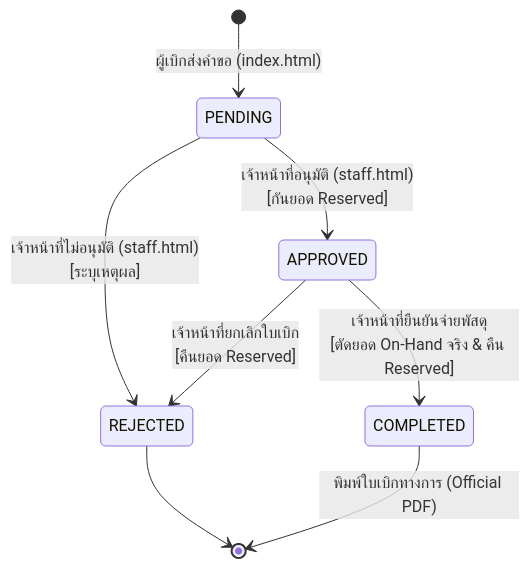
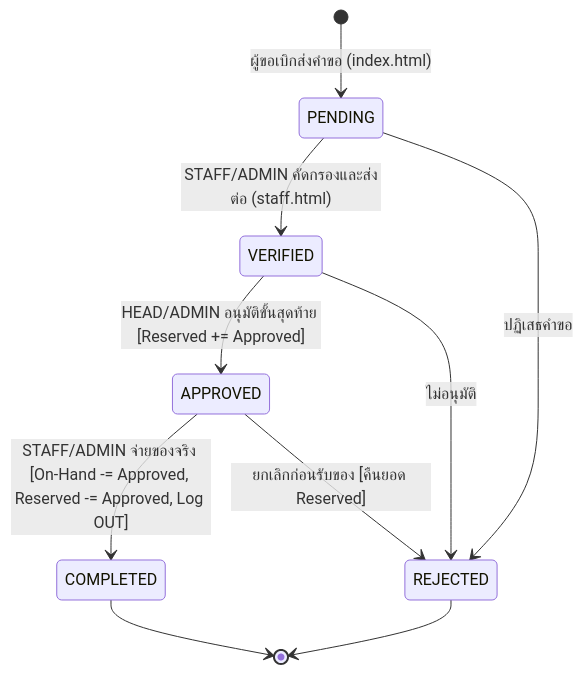
One commit to itsmekritsanai/stock-order-sdu changed the third of 3 diagrams in PROJECT_CONTEXT.md. Above: the diagram before and after it, drawn with Mermaid. The commit also changed other lines of this file and 10 other files, not shown here.

Commit message:
docs: synchronize README, project context, roadmap, and skill docs with v3.8.3

````diff
--- a/PROJECT_CONTEXT.md
+++ b/PROJECT_CONTEXT.md
@@ -114,10 +98,12 @@
 ```mermaid
 stateDiagram-v2
-    [*] --> PENDING: ผู้เบิกส่งคำขอ (index.html)
-    PENDING --> APPROVED: เจ้าหน้าที่อนุมัติ (staff.html)<br/>[กันยอด Reserved]
-    PENDING --> REJECTED: เจ้าหน้าที่ไม่อนุมัติ (staff.html)<br/>[ระบุเหตุผล]
-    APPROVED --> COMPLETED: เจ้าหน้าที่ยืนยันจ่ายพัสดุ<br/>[ตัดยอด On-Hand จริง & คืน Reserved]
-    APPROVED --> REJECTED: เจ้าหน้าที่ยกเลิกใบเบิก<br/>[คืนยอด Reserved]
+    [*] --> PENDING: ผู้ขอเบิกส่งคำขอ (index.html)
+    PENDING --> VERIFIED: STAFF/ADMIN คัดกรองและส่งต่อ (staff.html)
+    PENDING --> REJECTED: ปฏิเสธคำขอ
+    VERIFIED --> APPROVED: HEAD/ADMIN อนุมัติขั้นสุดท้าย [Reserved += Approved]
+    VERIFIED --> REJECTED: ไม่อนุมัติ
+    APPROVED --> COMPLETED: STAFF/ADMIN จ่ายของจริง [On-Hand -= Approved, Reserved -= Approved, Log OUT]
+    APPROVED --> REJECTED: ยกเลิกก่อนรับของ [คืนยอด Reserved]
+    COMPLETED --> [*]
     REJECTED --> [*]
-    COMPLETED --> [*]: พิมพ์ใบเบิกทางการ (Official PDF)
 ```
````
